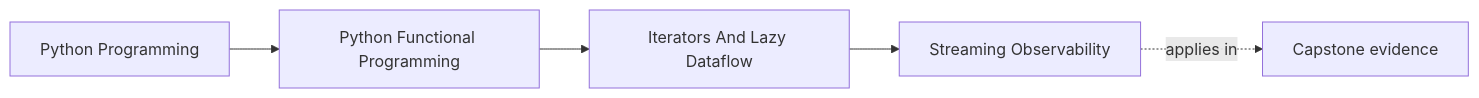
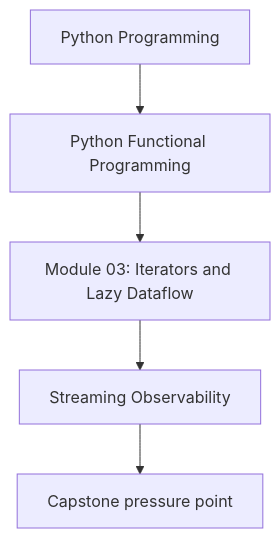
The first of 2 diagrams in programs/python-programming/python-functional-programming/course-book/module-03-iterators-and-lazy-dataflow/streaming-observability.md (bijux/bijux-masterclass), drawn with Mermaid before and after one commit. The commit also changed other lines of this file and 118 other files, not shown here.

Commit message:
docs(python-functional-programming): align concept page diagrams

````diff
--- a/programs/python-programming/python-functional-programming/course-book/module-03-iterators-and-lazy-dataflow/streaming-observability.md
+++ b/programs/python-programming/python-functional-programming/course-book/module-03-iterators-and-lazy-dataflow/streaming-observability.md
@@ -7,11 +7,7 @@
 ```mermaid
-graph LR
-  family["Python Programming"]
-  program["Python Functional Programming"]
-  section["Iterators And Lazy Dataflow"]
-  page["Streaming Observability"]
-  capstone["Capstone evidence"]
-
-  family --> program --> section --> page
-  page -.applies in.-> capstone
+flowchart TD
+  family["Python Programming"] --> program["Python Functional Programming"]
+  program --> module["Module 03: Iterators and Lazy Dataflow"]
+  module --> concept["Streaming Observability"]
+  concept --> capstone["Capstone pressure point"]
 ```
````
